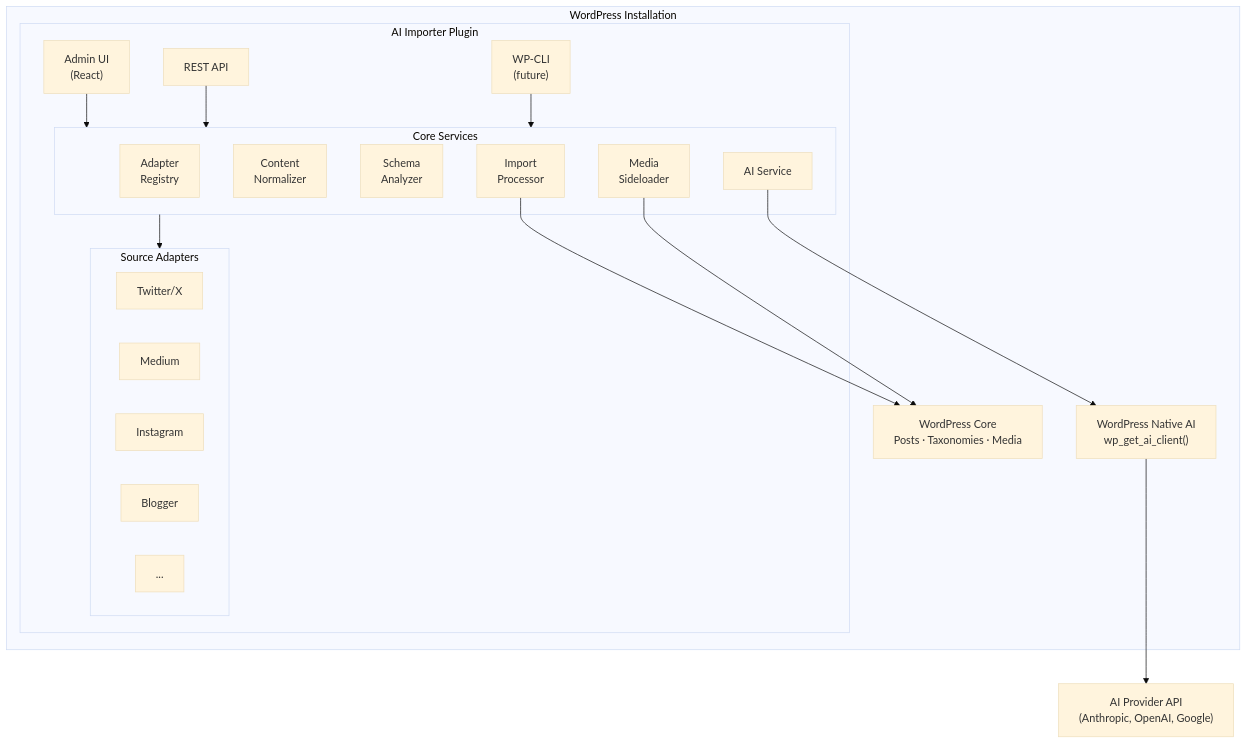
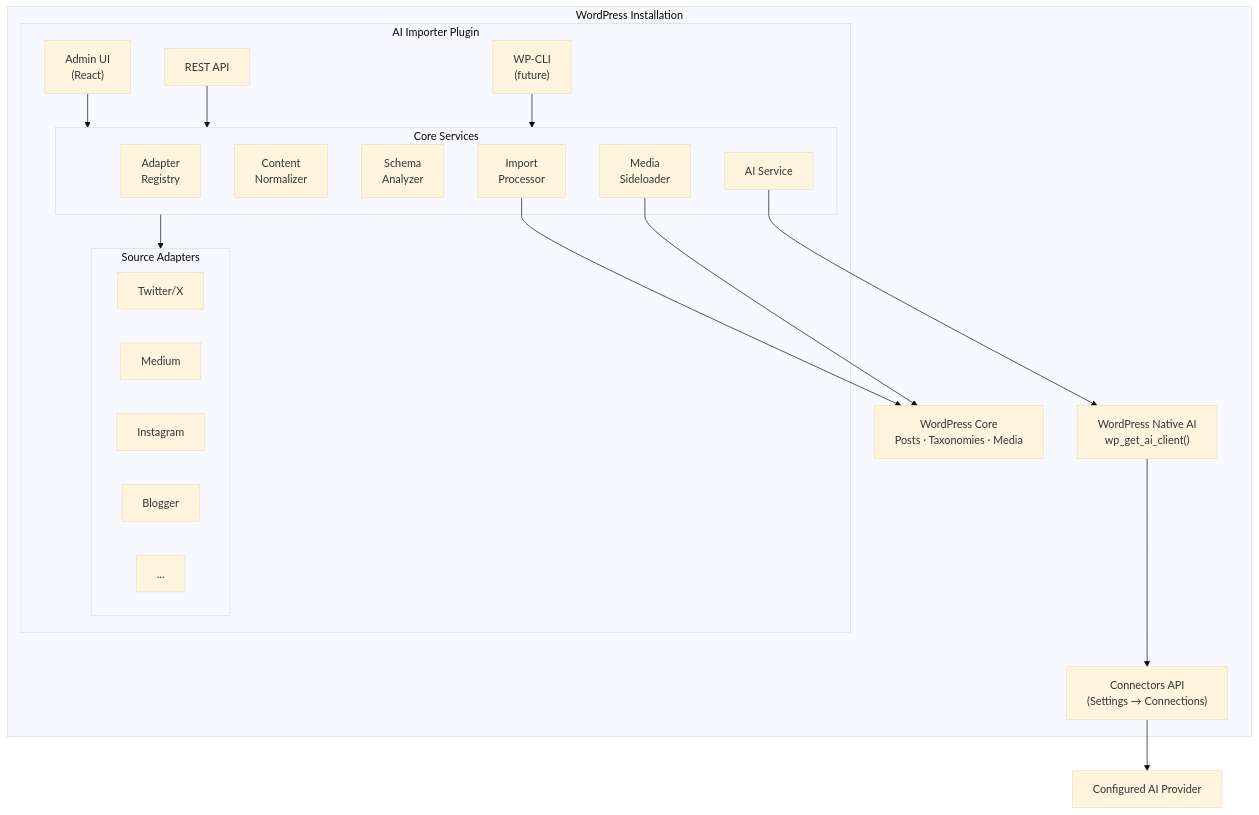
Before and after one commit to adamsilverstein/ai-importer: the first of 4 diagrams in README.md, drawn with Mermaid (base theme). The commit also changed other lines of this file and 4 other files, not shown here.

First line of the commit message:
Lean on WP 7.0 core AI and Connectors API

````diff
--- a/README.md
+++ b/README.md
@@ -47,41 +47,43 @@
 ```mermaid
 flowchart TB
     subgraph WP["WordPress Installation"]
         subgraph Plugin["AI Importer Plugin"]
             UI["Admin UI<br/>(React)"]
             REST["REST API"]
             CLI["WP-CLI<br/>(future)"]
 
             subgraph Core["Core Services"]
                 Registry["Adapter<br/>Registry"]
                 Normalizer["Content<br/>Normalizer"]
                 Schema["Schema<br/>Analyzer"]
                 AI["AI Service"]
                 Processor["Import<br/>Processor"]
                 Media["Media<br/>Sideloader"]
             end
 
             subgraph Adapters["Source Adapters"]
                 TW["Twitter/X"]
                 MD["Medium"]
                 IG["Instagram"]
                 BL["Blogger"]
                 Etc["..."]
             end
         end
 
         AIClient["WordPress Native AI<br/>wp_get_ai_client()"]
+        Connections["Connectors API<br/>(Settings → Connections)"]
         WPCore["WordPress Core<br/>Posts · Taxonomies · Media"]
     end
 
-    Provider["AI Provider API<br/>(Anthropic, OpenAI, Google)"]
+    Provider["Configured AI Provider"]
 
     UI --> Core
     REST --> Core
     CLI --> Core
     Core --> Adapters
     AI --> AIClient
-    AIClient --> Provider
+    AIClient --> Connections
+    Connections --> Provider
     Processor --> WPCore
     Media --> WPCore
 ```
````
